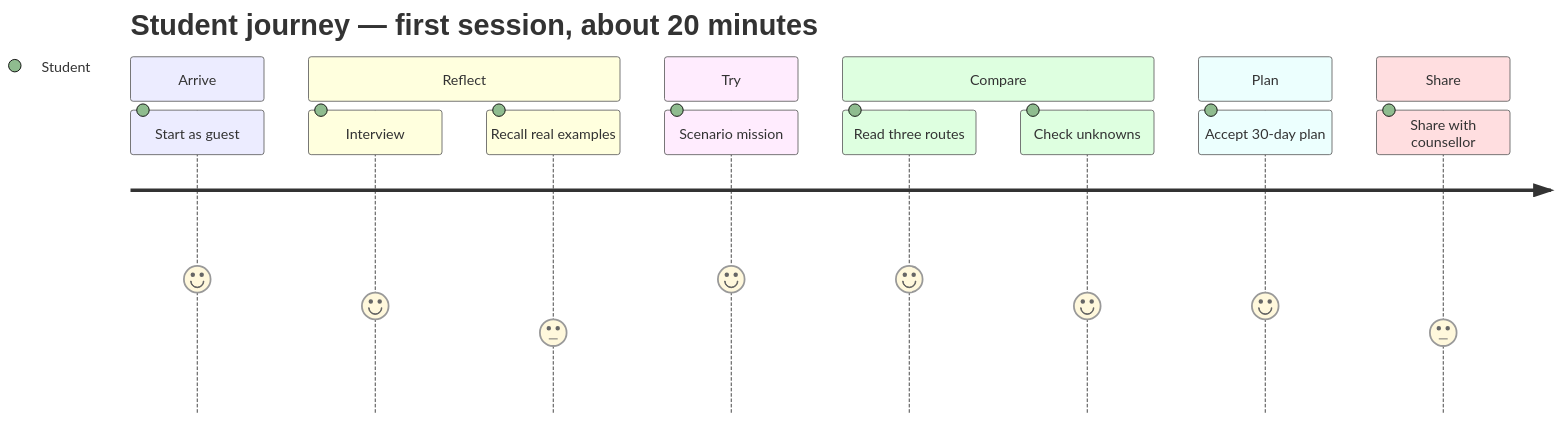
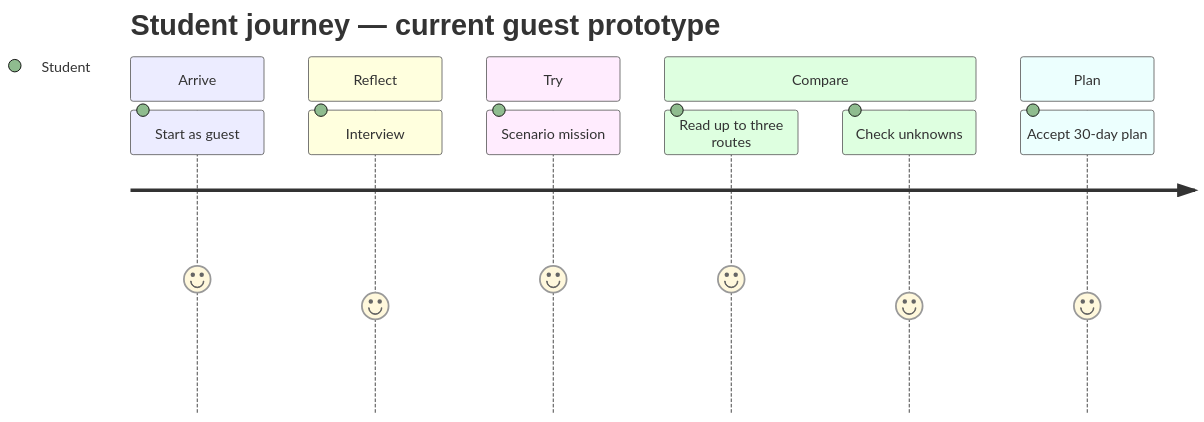
The first of 2 diagrams in docs/03-user-experience.md (winxtxrgit/futureme-ai), drawn with Mermaid before and after one commit. The commit also changed other lines of this file and 41 other files, not shown here.

````diff
--- a/docs/03-user-experience.md
+++ b/docs/03-user-experience.md
@@ -73,18 +74,15 @@
 ```mermaid
 journey
-    title Student journey — first session, about 20 minutes
+    title Student journey — current guest prototype
     section Arrive
       Start as guest: 5: Student
     section Reflect
       Interview: 4: Student
-      Recall real examples: 3: Student
     section Try
       Scenario mission: 5: Student
     section Compare
-      Read three routes: 5: Student
+      Read up to three routes: 5: Student
       Check unknowns: 4: Student
     section Plan
       Accept 30-day plan: 4: Student
-    section Share
-      Share with counsellor: 3: Student
 ```
````
